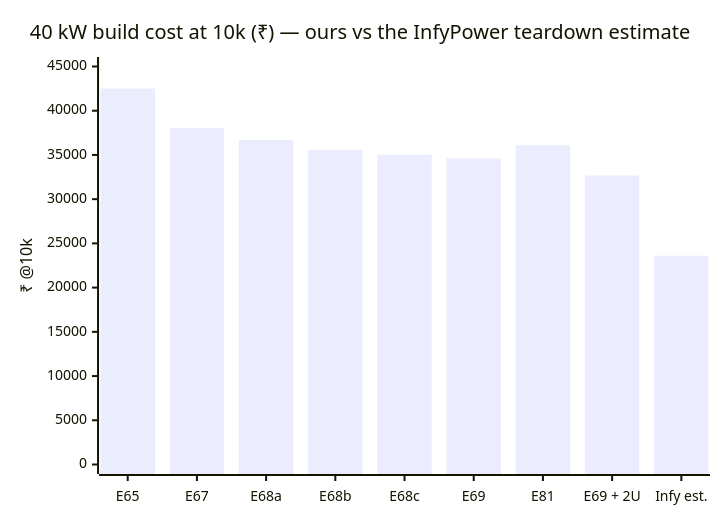
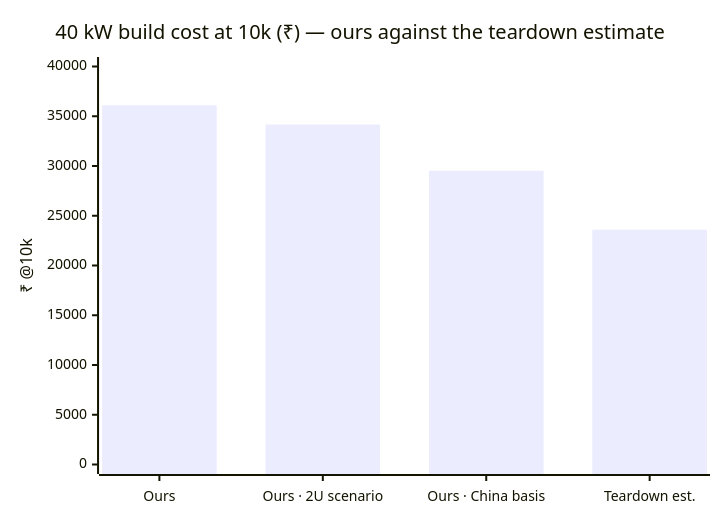
One commit to vectivolt/DC-Modules changed the second of 2 diagrams in docs/benchmark-infypower-teardown.md. Above: the diagram before and after it, drawn with Mermaid. The commit also changed other lines of this file and 802 other files, not shown here.

````diff
--- a/docs/benchmark-infypower-teardown.md
+++ b/docs/benchmark-infypower-teardown.md
@@ -183,7 +150,7 @@
 ```mermaid
 xychart-beta
-  title "40 kW build cost at 10k (₹) — ours vs the InfyPower teardown estimate"
-  x-axis ["E65", "E67", "E68a", "E68b", "E68c", "E69", "E81", "E69 + 2U", "Infy est."]
-  y-axis "₹ @10k" 0 --> 45000
-  bar [42505, 38048, 36686, 35560, 35048, 34616, 36103, 32680, 23600]
+  title "40 kW build cost at 10k (₹) — ours against the teardown estimate"
+  x-axis ["Ours", "Ours · 2U scenario", "Ours · China basis", "Teardown est."]
+  y-axis "₹ @10k" 0 --> 40000
+  bar [36103, 34167, 29520, 23600]
 ```
````
